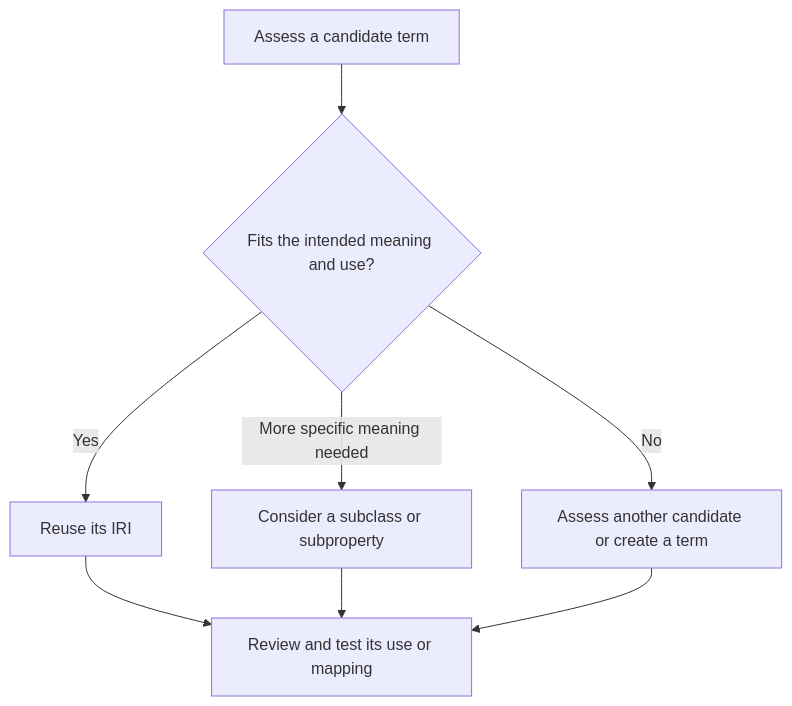
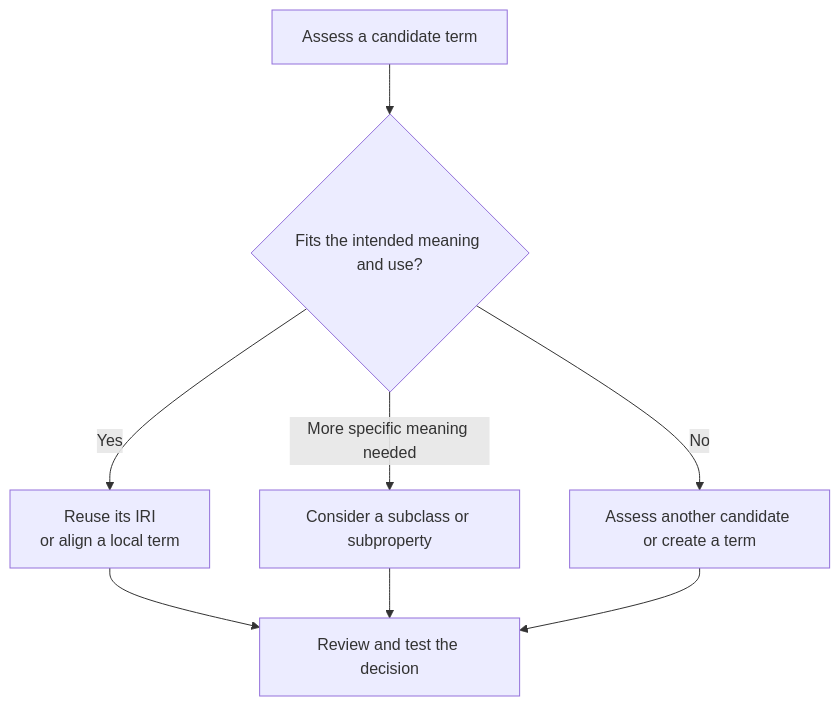
One commit to TDCC-NES/ontology-training changed the diagram in book/curriculum/reuse-ontologies.md. Above: the diagram before and after it, drawn with Mermaid. The commit also changed other lines of this file and 9 other files, not shown here.

````diff
--- a/book/curriculum/reuse-ontologies.md
+++ b/book/curriculum/reuse-ontologies.md
@@ -65,10 +90,10 @@
 ```mermaid
 flowchart TD
     A["Assess a candidate term"] --> B{"Fits the intended meaning and use?"}
-    B -->|Yes| C["Reuse its IRI"]
+    B -->|Yes| C["Reuse its IRI<br/>or align a local term"]
     B -->|More specific meaning needed| D["Consider a subclass or subproperty"]
     B -->|No| E["Assess another candidate or create a term"]
-    C --> F["Review and test its use or mapping"]
+    C --> F["Review and test the decision"]
     D --> F
     E --> F
 ```
````
